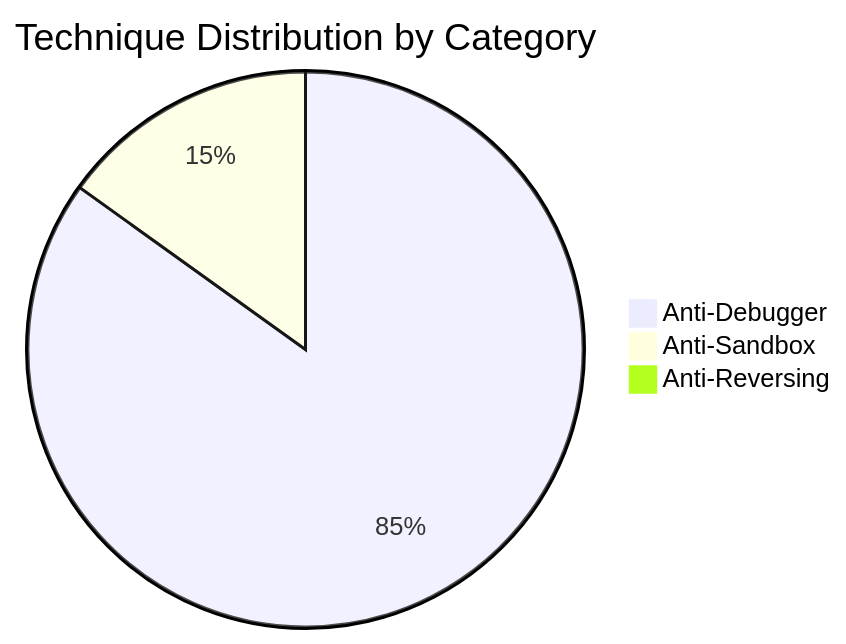
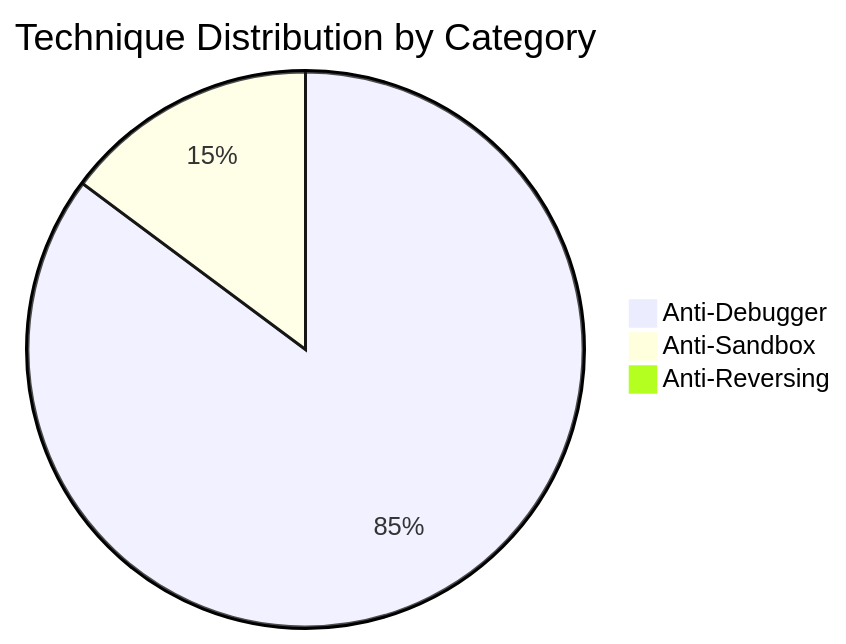
One commit to mabj/anti changed the second of 8 diagrams in docs/diagrams/taxonomy.md. Above: the diagram before and after it, drawn with Mermaid. The commit also changed other lines of this file and 7 other files, not shown here.

````diff
--- a/docs/diagrams/taxonomy.md
+++ b/docs/diagrams/taxonomy.md
@@ -34,6 +34,6 @@
 ```mermaid
 pie title Technique Distribution by Category
-    "Anti-Debugger" : 45
+    "Anti-Debugger" : 46
     "Anti-Sandbox" : 8
     "Anti-Reversing" : 0
 ```
````
